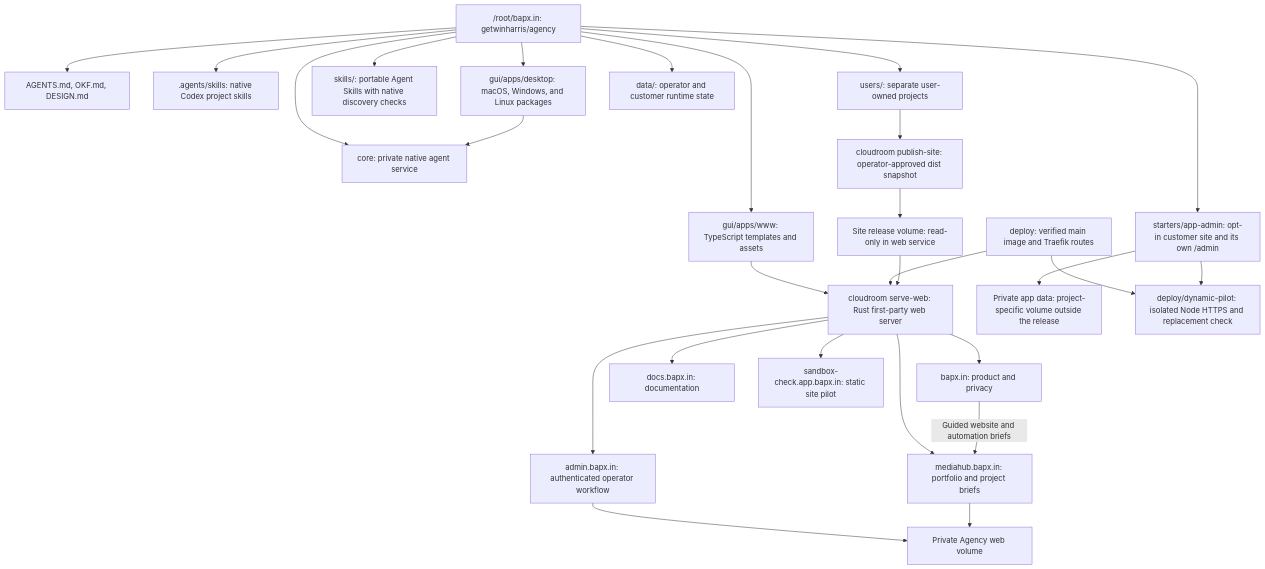
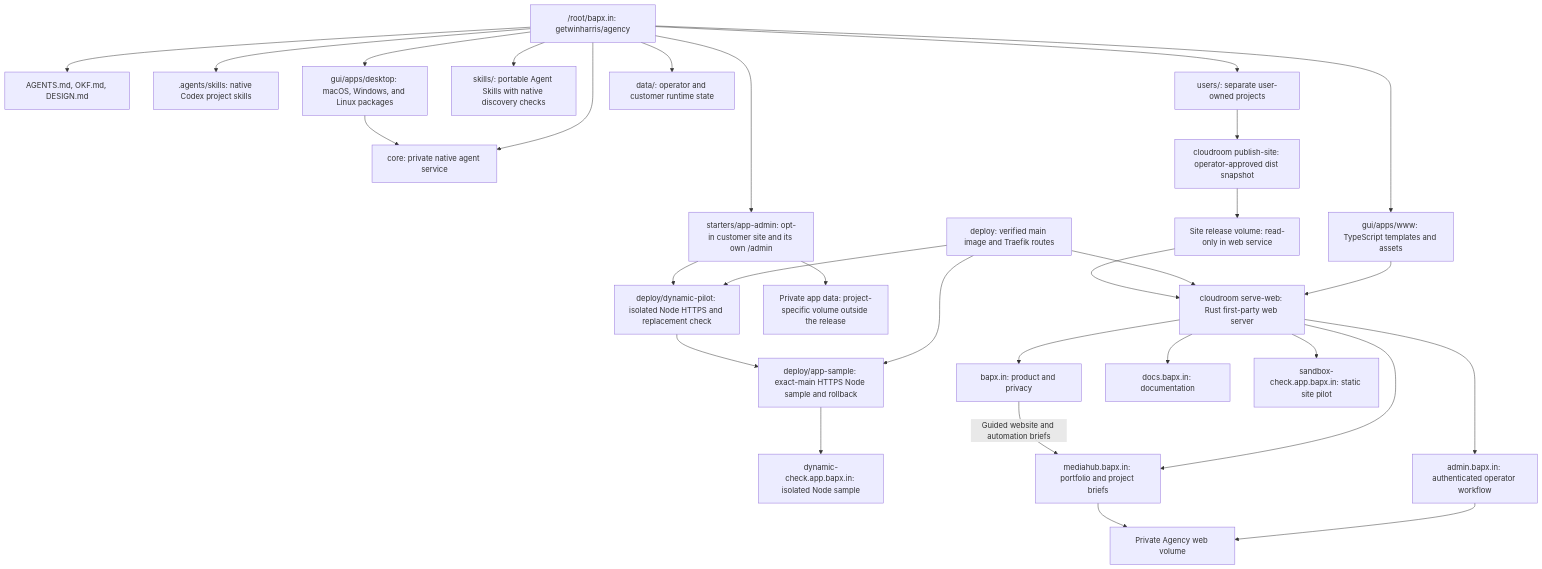
One commit to getwinharris/agency changed the diagram in map.mmd. Above: the diagram before and after it, drawn with Mermaid. The commit also changed 13 other files, not shown here.

Commit message:
Package a durable Node app sample for verified releases

```diff
--- a/map.mmd
+++ b/map.mmd
@@ -1,39 +1,42 @@
 flowchart TD
   root["/root/bapx.in: getwinharris/agency"]
   contracts["AGENTS.md, OKF.md, DESIGN.md"]
   codex[".agents/skills: native Codex project skills"]
   web["gui/apps/www: TypeScript templates and assets"]
   desktop["gui/apps/desktop: macOS, Windows, and Linux packages"]
   sharedSkills["skills/: portable Agent Skills with native discovery checks"]
   core["core: private native agent service"]
   webMode["cloudroom serve-web: Rust first-party web server"]
   deploy["deploy: verified main image and Traefik routes"]
 
   root --> contracts
   root --> codex
   root --> web
   root --> appStarter["starters/app-admin: opt-in customer site and its own /admin"]
   appStarter --> appData["Private app data: project-specific volume outside the release"]
   root --> desktop
   root --> sharedSkills
   root --> core
   web --> webMode
   deploy --> webMode
   deploy --> dynamicPilot["deploy/dynamic-pilot: isolated Node HTTPS and replacement check"]
   appStarter --> dynamicPilot
+  deploy --> publicSample["deploy/app-sample: exact-main HTTPS Node sample and rollback"]
+  dynamicPilot --> publicSample
+  publicSample --> dynamicHost["dynamic-check.app.bapx.in: isolated Node sample"]
 
   webMode --> landing["bapx.in: product and privacy"]
   webMode --> docs["docs.bapx.in: documentation"]
   webMode --> mediahub["mediahub.bapx.in: portfolio and project briefs"]
   webMode --> admin["admin.bapx.in: authenticated operator workflow"]
   landing -->|"Guided website and automation briefs"| mediahub
   admin --> privateData["Private Agency web volume"]
   mediahub --> privateData
 
   desktop --> core
   root --> users["users/: separate user-owned projects"]
   users --> publish["cloudroom publish-site: operator-approved dist snapshot"]
   publish --> siteReleases["Site release volume: read-only in web service"]
   siteReleases --> webMode
   webMode --> sandboxPilot["sandbox-check.app.bapx.in: static site pilot"]
   root --> runtimeData["data/: operator and customer runtime state"]
```
